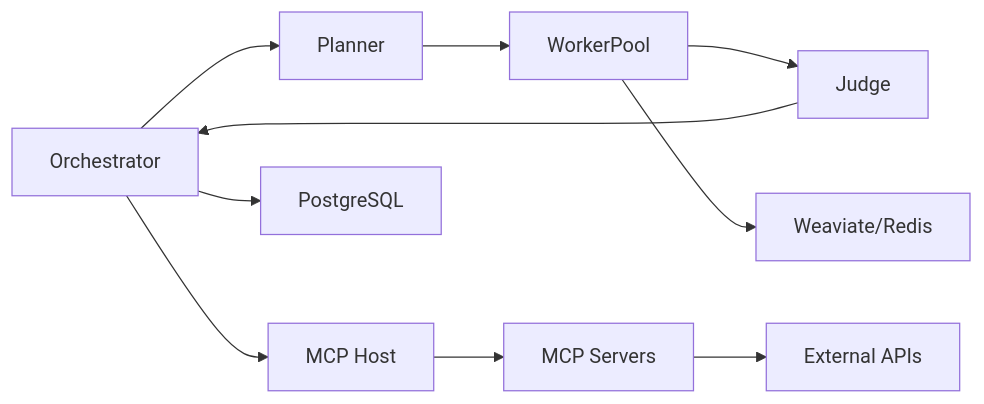
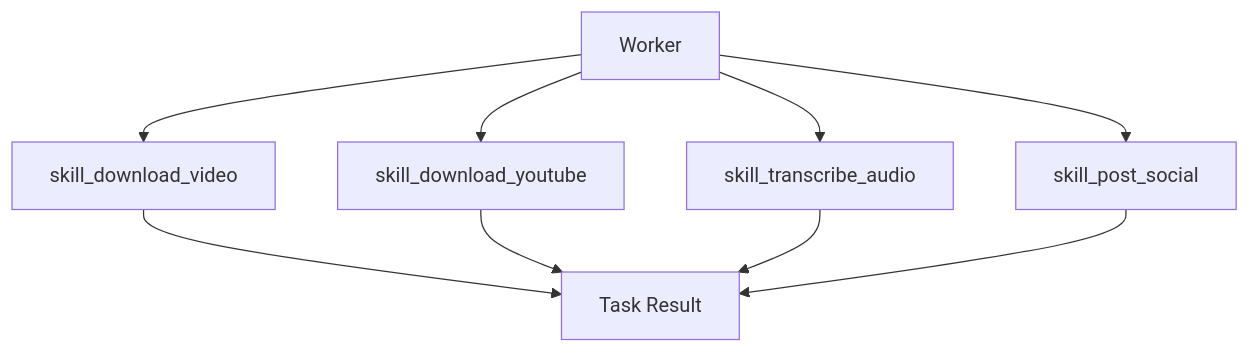
One commit to MamaMoh/Project-Chimera changed the sixth of 7 diagrams in research/architecture_strategy.md. Above: the diagram before and after it, drawn with Mermaid. The commit also changed other lines of this file and 6 other files, not shown here.

````diff
--- a/research/architecture_strategy.md
+++ b/research/architecture_strategy.md
@@ -130,12 +172,12 @@
 ```mermaid
-flowchart LR
-    Orchestrator --> Planner
-    Planner --> WorkerPool
-    WorkerPool --> Judge
-    Judge --> Orchestrator
-    Orchestrator --> MCP[MCP Host]
-    MCP --> MCPServers[MCP Servers]
-    MCPServers --> ExternalAPIs[External APIs]
-    WorkerPool --> Memory[Weaviate/Redis]
-    Orchestrator --> DB[PostgreSQL]
+graph TD
+    Worker --> SK1[skill_download_video]
+    Worker --> SK2[skill_download_youtube]
+    Worker --> SK3[skill_transcribe_audio]
+    Worker --> SK4[skill_post_social]
+
+    SK1 --> Result[Task Result]
+    SK2 --> Result
+    SK3 --> Result
+    SK4 --> Result
 ```
````
